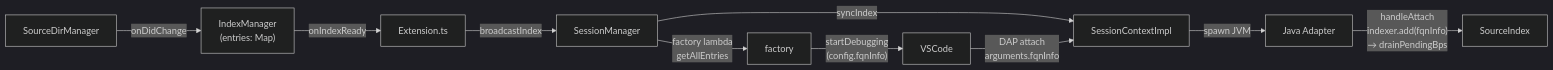
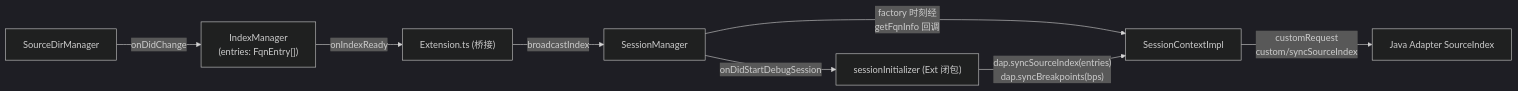
Before and after one commit to lx0758/VSCode-Android-Debugger: the second of 7 diagrams in docs/ARCHITECTURE.md, drawn with Mermaid (dark theme). The commit also changed other lines of this file and 68 other files, not shown here.

````diff
--- a/docs/ARCHITECTURE.md
+++ b/docs/ARCHITECTURE.md
@@ -34,12 +34,10 @@
 ```mermaid
 flowchart LR
-    SD["SourceDirManager"] -->|"onDidChange"| IM["IndexManager<br/>(entries: Map)"]
-    IM -->|"onIndexReady"| Ext["Extension.ts"]
+    SD["SourceDirManager"] -->|"onDidChange"| IM["IndexManager<br/>(entries: FqnEntry[])"]
+    IM -->|"onIndexReady"| Ext["Extension.ts (桥接)"]
     Ext -->|"broadcastIndex"| SM["SessionManager"]
-    SM -->|"syncIndex"| SCI["SessionContextImpl"]
-    SM -->|"factory lambda<br/>getAllEntries"| Factory["factory"]
-    Factory -->|"startDebugging<br/>(config.fqnInfo)"| VS["VSCode"]
-    VS -->|"DAP attach<br/>arguments.fqnInfo"| SCI
-    SCI -->|"spawn JVM"| JVM["Java Adapter"]
-    JVM -->|"handleAttach<br/>indexer.add(fqnInfo)<br/>→ drainPendingBps"| Idx["SourceIndex"]
+    SM -->|"factory 时刻经<br/>getFqnInfo 回调"| SCI["SessionContextImpl"]
+    SM -->|"onDidStartDebugSession"| Init["sessionInitializer (Ext 闭包)"]
+    Init -->|"dap.syncSourceIndex(entries)<br/>dap.syncBreakpoints(bps)"| SCI
+    SCI -->|"customRequest<br/>custom/syncSourceIndex"| JVM["Java Adapter SourceIndex"]
 ```
````
